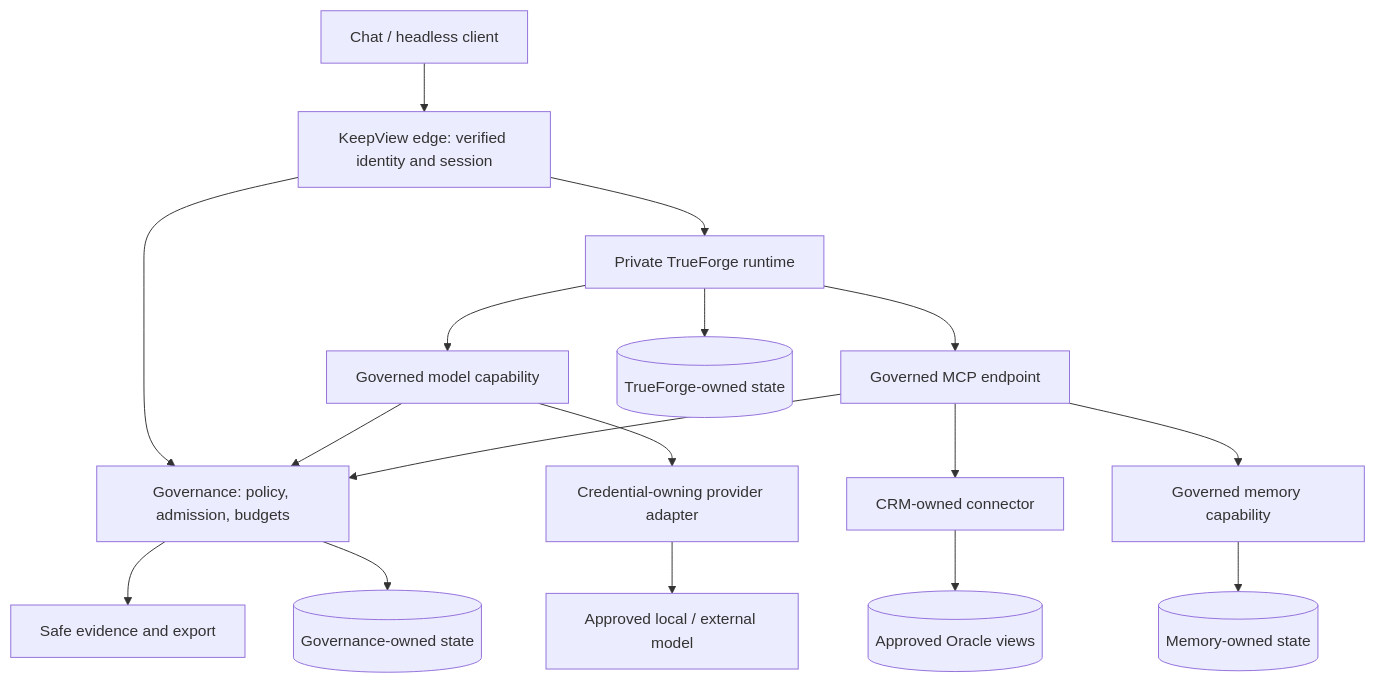
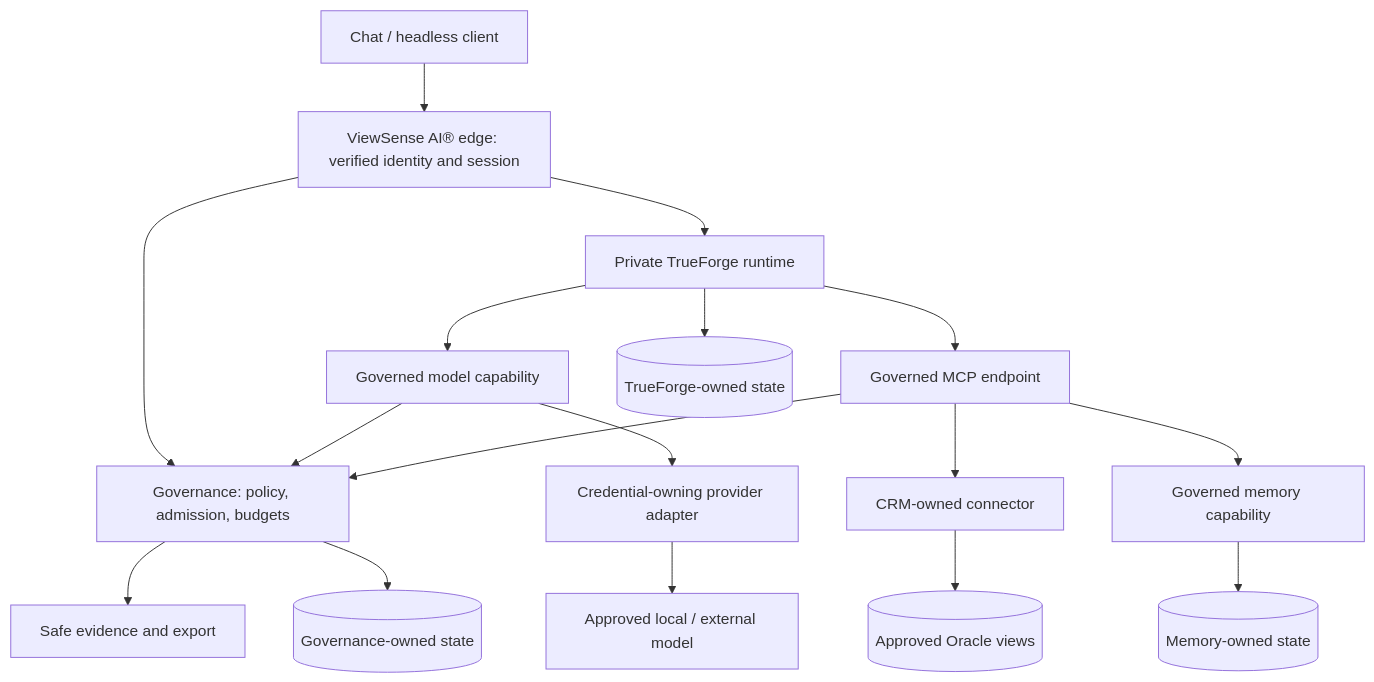
Before and after one commit to diaryfolio/aiops-fabric-docs: the diagram in docs/design/high-level/02-trueforge-keepview-assessment.md, drawn with Mermaid. The commit also changed other lines of this file and 19 other files, not shown here.

````diff
--- a/docs/design/high-level/02-trueforge-keepview-assessment.md
+++ b/docs/design/high-level/02-trueforge-keepview-assessment.md
@@ -235,19 +241,19 @@
 ```mermaid
 flowchart TB
-    Users["Chat / headless client"] --> Edge["KeepView edge: verified identity and session"]
+    Users["Chat / headless client"] --> Edge["ViewSense AI® edge: verified identity and session"]
     Edge --> Gov["Governance: policy, admission, budgets"]
     Edge --> TF["Private TrueForge runtime"]
     TF --> Model["Governed model capability"]
     TF --> Tools["Governed MCP endpoint"]
     Model --> Provider["Credential-owning provider adapter"]
     Provider --> Inference["Approved local / external model"]
     Tools --> CRM["CRM-owned connector"]
     CRM --> Oracle[("Approved Oracle views")]
     Tools --> Memory["Governed memory capability"]
     Model --> Gov
     Tools --> Gov
     Gov --> Evidence["Safe evidence and export"]
     TF --> RuntimeDB[("TrueForge-owned state")]
     Gov --> PolicyDB[("Governance-owned state")]
     Memory --> MemoryDB[("Memory-owned state")]
 ```
````
